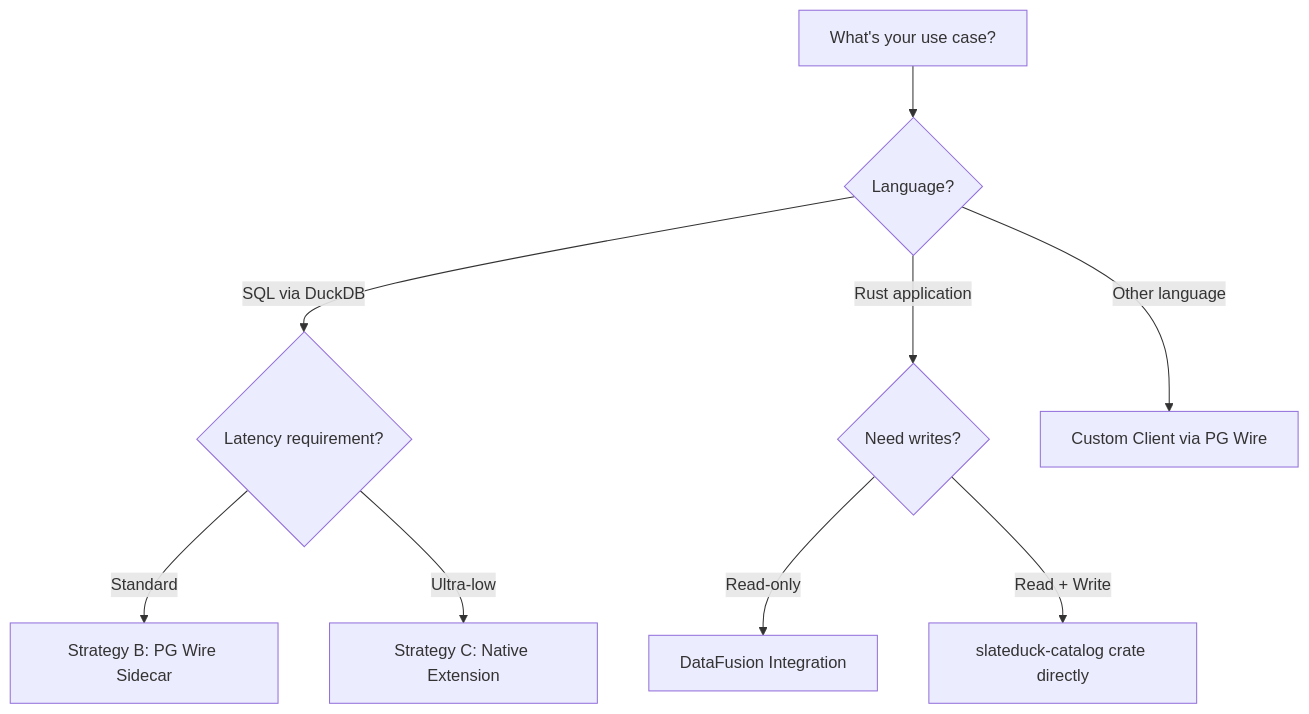
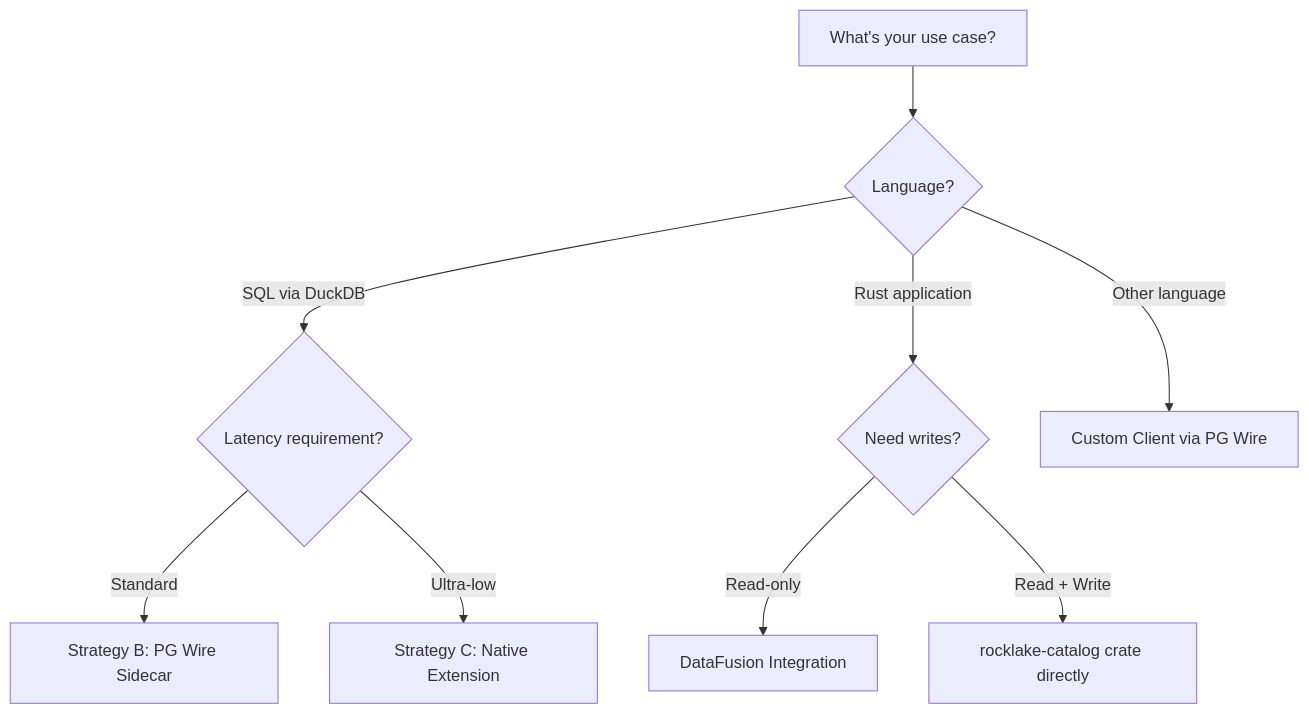
The second of 2 diagrams in docs/integration/index.md (trickle-labs/rocklake), drawn with Mermaid before and after one commit. The commit also changed other lines of this file and 398 other files, not shown here.

````diff
--- a/docs/integration/index.md
+++ b/docs/integration/index.md
@@ -56,13 +56,13 @@
 ```mermaid
 flowchart TD
     A[What's your use case?] --> B{Language?}
     B -->|SQL via DuckDB| C{Latency requirement?}
     B -->|Rust application| D{Need writes?}
     B -->|Other language| E[Custom Client via PG Wire]
     
     C -->|Standard| F[Strategy B: PG Wire Sidecar]
     C -->|Ultra-low| G[Strategy C: Native Extension]
     
     D -->|Read-only| H[DataFusion Integration]
-    D -->|Read + Write| I[slateduck-catalog crate directly]
+    D -->|Read + Write| I[rocklake-catalog crate directly]
 ```
````
